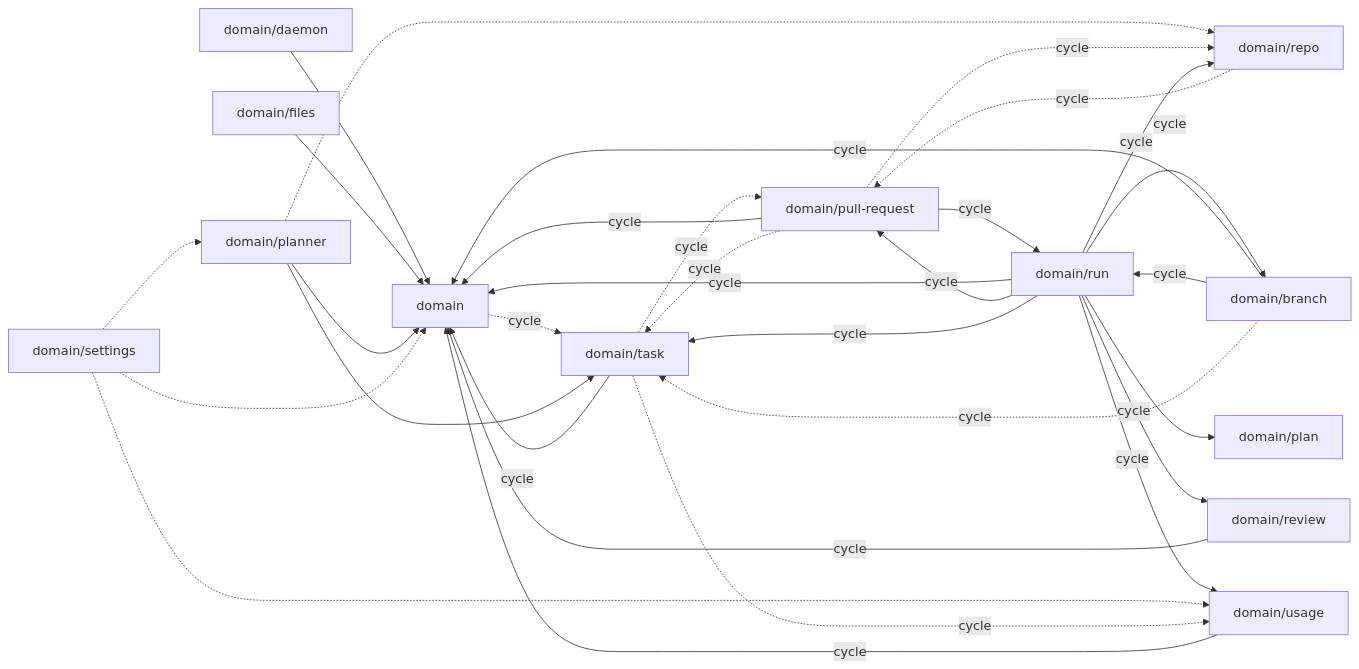
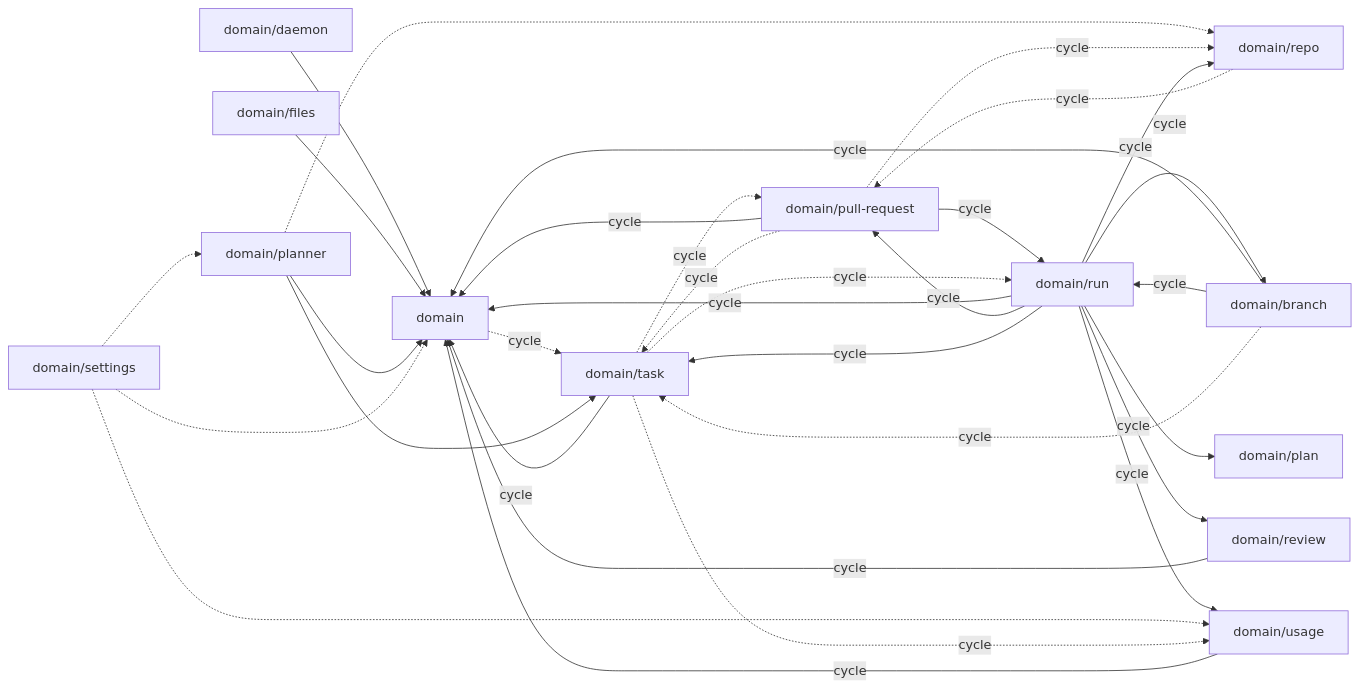
The diagram in docs/reference/context-map.md (tomrobdev/agentdeck), drawn with Mermaid before and after one commit. The commit also changed 54 other files, not shown here.

````diff
--- a/docs/reference/context-map.md
+++ b/docs/reference/context-map.md
@@ -7,46 +7,47 @@
 ```mermaid
 flowchart LR
   domain["domain"]
   domain_branch["domain/branch"]
   domain_daemon["domain/daemon"]
   domain_files["domain/files"]
   domain_plan["domain/plan"]
   domain_planner["domain/planner"]
   domain_pull_request["domain/pull-request"]
   domain_repo["domain/repo"]
   domain_review["domain/review"]
   domain_run["domain/run"]
   domain_settings["domain/settings"]
   domain_task["domain/task"]
   domain_usage["domain/usage"]
   domain -.->|cycle| domain_task
   domain_branch -->|cycle| domain
   domain_branch -->|cycle| domain_run
   domain_branch -.->|cycle| domain_task
   domain_daemon --> domain
   domain_files --> domain
   domain_planner --> domain
   domain_planner -.-> domain_repo
   domain_planner --> domain_task
   domain_pull_request -->|cycle| domain
   domain_pull_request -.->|cycle| domain_repo
   domain_pull_request -->|cycle| domain_run
   domain_pull_request -.->|cycle| domain_task
   domain_repo -.->|cycle| domain_pull_request
   domain_review -->|cycle| domain
   domain_run -->|cycle| domain
   domain_run -->|cycle| domain_branch
   domain_run --> domain_plan
   domain_run -->|cycle| domain_pull_request
   domain_run -->|cycle| domain_repo
   domain_run -->|cycle| domain_review
   domain_run -->|cycle| domain_task
   domain_run -->|cycle| domain_usage
   domain_settings -.-> domain
   domain_settings -.-> domain_planner
   domain_settings -.-> domain_usage
   domain_task -->|cycle| domain
   domain_task -.->|cycle| domain_pull_request
+  domain_task -.->|cycle| domain_run
   domain_task -.->|cycle| domain_usage
   domain_usage -->|cycle| domain
 ```
````
